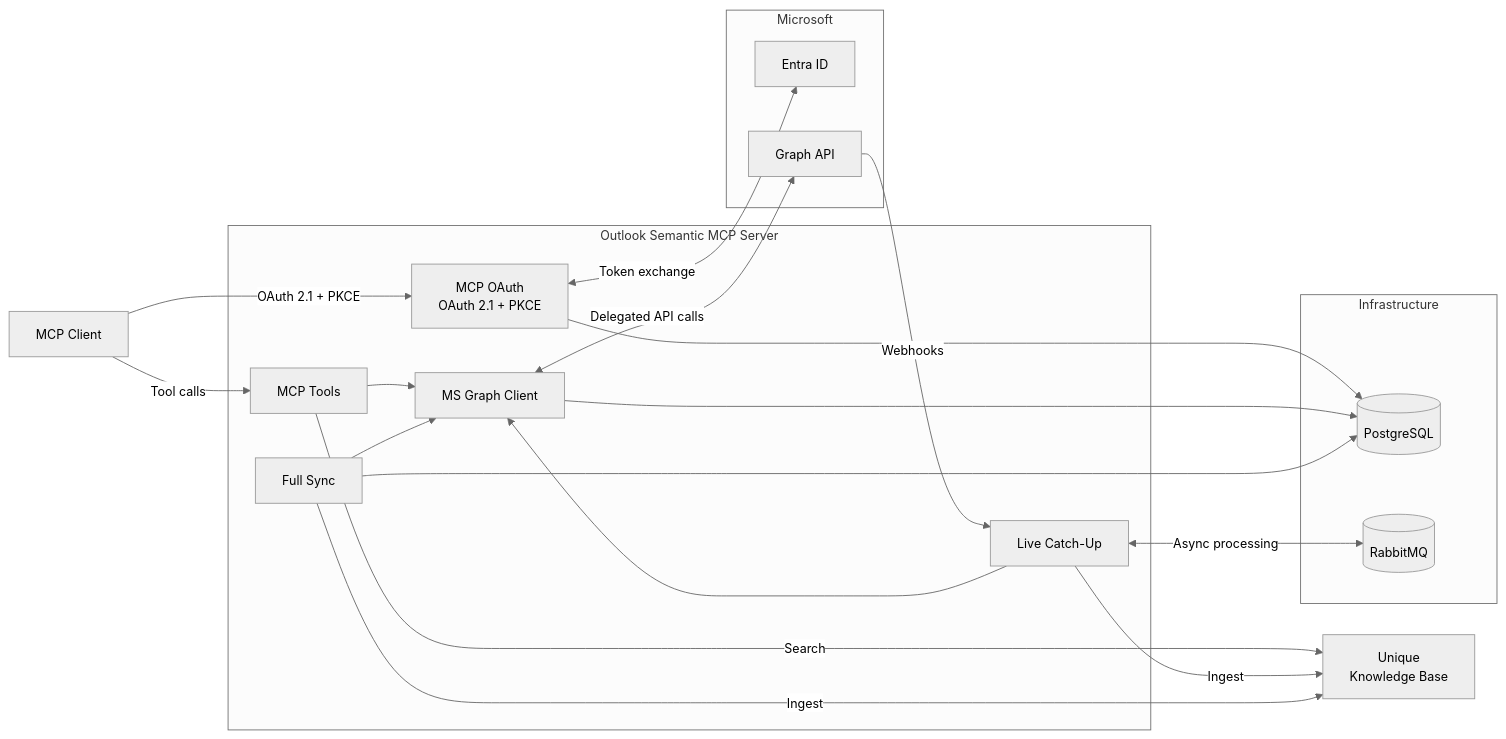
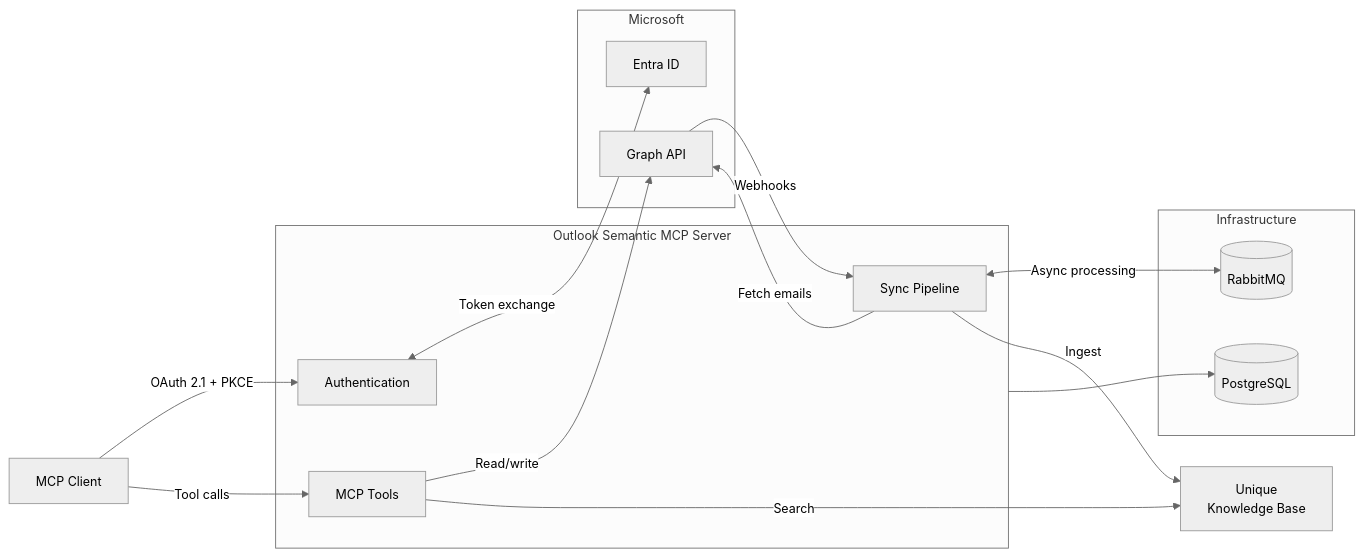
The first of 2 diagrams in services/outlook-semantic-mcp/docs/technical/architecture.md (Unique-AG/connectors), drawn with Mermaid before and after one commit. The commit also changed other lines of this file and 1 other file, not shown here.

Commit message:
WIP: Architecture and readme

````diff
--- a/services/outlook-semantic-mcp/docs/technical/architecture.md
+++ b/services/outlook-semantic-mcp/docs/technical/architecture.md
@@ -19,46 +10,38 @@
 ```mermaid
 %%{init: {'theme': 'neutral', 'themeVariables': { 'fontSize': '14px' }}}%%
 flowchart LR
     MCPClient["MCP Client"]
 
     subgraph OutlookMCP["Outlook Semantic MCP Server"]
-        McpOAuth["MCP OAuth\nOAuth 2.1 + PKCE"]
+        AuthLayer["Authentication"]
         McpTools["MCP Tools"]
-        GraphClient["MS Graph Client"]
-        FullSync["Full Sync"]
-        LiveCatchUp["Live Catch-Up"]
+        SyncPipeline["Sync Pipeline"]
+    end
+
+    subgraph Microsoft["Microsoft"]
+        EntraID["Entra ID"]
+        MSGraph["Graph API"]
     end
 
     subgraph Infra["Infrastructure"]
         DB[("PostgreSQL")]
         MQ[("RabbitMQ")]
     end
 
-    subgraph Microsoft["Microsoft"]
-        EntraID["Entra ID"]
-        MSGraph["Graph API"]
-    end
-
     UniqueKB["Unique\nKnowledge Base"]
 
-    MCPClient -->|"OAuth 2.1 + PKCE"| McpOAuth
+    MCPClient -->|"OAuth 2.1 + PKCE"| AuthLayer
     MCPClient -->|"Tool calls"| McpTools
 
-    McpOAuth <-->|"Token exchange"| EntraID
-    McpOAuth --> DB
+    AuthLayer <-->|"Token exchange"| EntraID
 
-    McpTools --> GraphClient
+    McpTools -->|"Read/write"| MSGraph
     McpTools -->|"Search"| UniqueKB
 
-    GraphClient <-->|"Delegated API calls"| MSGraph
-    GraphClient --> DB
+    MSGraph -->|"Webhooks"| SyncPipeline
+    SyncPipeline -->|"Fetch emails"| MSGraph
+    SyncPipeline <-->|"Async processing"| MQ
+    SyncPipeline -->|"Ingest"| UniqueKB
 
-    MSGraph -->|"Webhooks"| LiveCatchUp
-    LiveCatchUp <-->|"Async processing"| MQ
-    LiveCatchUp --> GraphClient
-    LiveCatchUp -->|"Ingest"| UniqueKB
-
-    FullSync --> GraphClient
-    FullSync -->|"Ingest"| UniqueKB
-    FullSync --> DB
+    OutlookMCP --> DB
 ```
````
